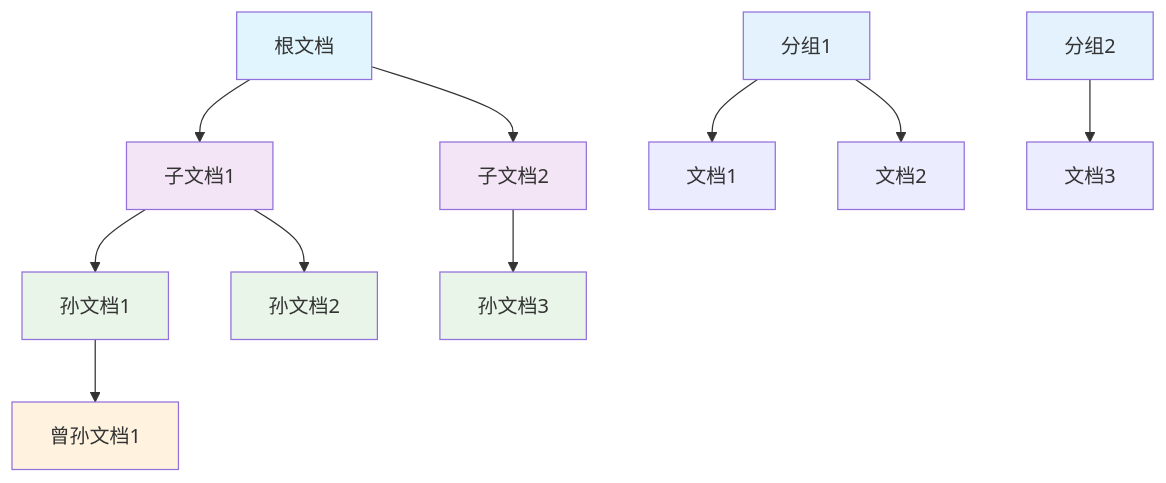
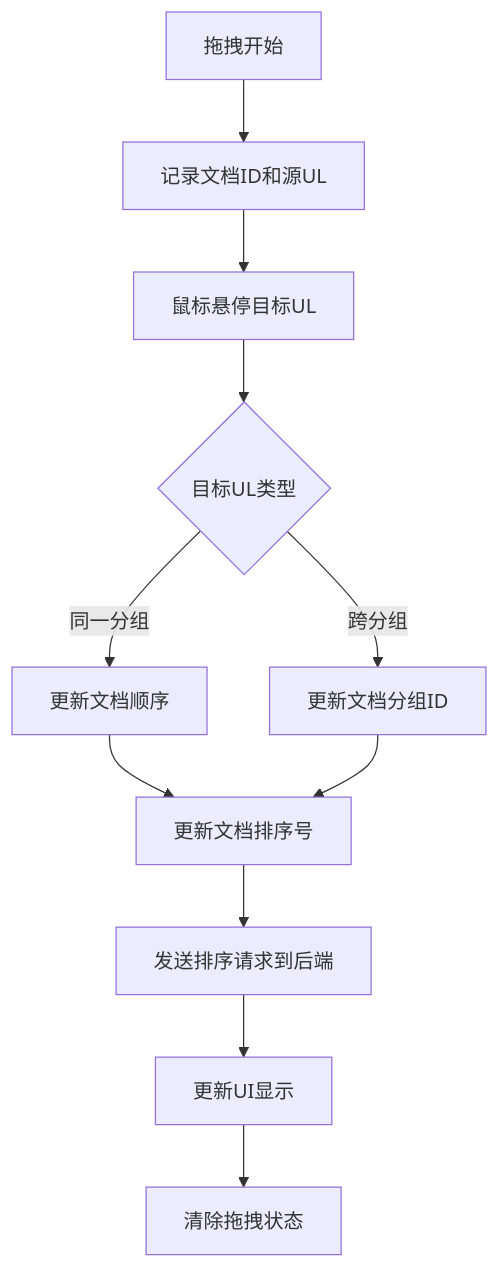
One commit to beyondalbert/my_wiki changed diagram 11 of 20 in .qoder/repowiki/zh/content/架构设计/蓝图系统设计/文档蓝图 (Document Blueprint).md. Above: the diagram before and after it, drawn with Mermaid. The commit also changed other lines of this file and 6 other files, not shown here.

````diff
--- a/.qoder/repowiki/zh/content/架构设计/蓝图系统设计/文档蓝图 (Document Blueprint).md
+++ b/.qoder/repowiki/zh/content/架构设计/蓝图系统设计/文档蓝图 (Document Blueprint).md
@@ -555,21 +561,13 @@
 ```mermaid
-graph TD
-A[根文档] --> B[子文档1]
-A --> C[子文档2]
-B --> D[孙文档1]
-B --> E[孙文档2]
-C --> F[孙文档3]
-D --> G[曾孙文档1]
-H[分组1] --> I[文档1]
-H --> J[文档2]
-K[分组2] --> L[文档3]
-style A fill:#e1f5fe
-style B fill:#f3e5f5
-style C fill:#f3e5f5
-style D fill:#e8f5e8
-style E fill:#e8f5e8
-style F fill:#e8f5e8
-style G fill:#fff3e0
-style H fill:#e3f2fd
-style K fill:#e3f2fd
+flowchart TD
+A[拖拽开始] --> B[记录文档ID和源UL]
+B --> C[鼠标悬停目标UL]
+C --> D{目标UL类型}
+D --> |同一分组| E[更新文档顺序]
+D --> |跨分组| F[更新文档分组ID]
+E --> G[更新文档排序号]
+F --> G
+G --> H[发送排序请求到后端]
+H --> I[更新UI显示]
+I --> J[清除拖拽状态]
 ```
````
